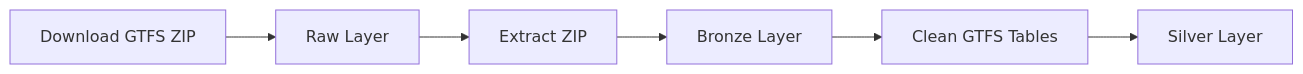
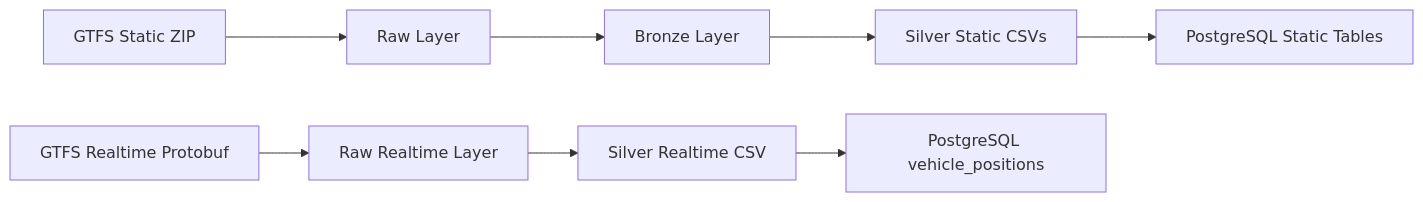
One commit to chaharminator/adelaide-transit-reliability-platform changed the second of 2 diagrams in README.md. Above: the diagram before and after it, drawn with Mermaid. The commit also changed other lines of this file, not shown here.

Commit message:
Update README with current static and realtime pipeline documentation

````diff
--- a/README.md
+++ b/README.md
@@ -55,8 +110,11 @@
 ```mermaid
 flowchart LR
-    A[Download GTFS ZIP] --> B[Raw Layer]
-    B --> C[Extract ZIP]
-    C --> D[Bronze Layer]
-    D --> E[Clean GTFS Tables]
-    E --> F[Silver Layer]
+    A[GTFS Static ZIP] --> B[Raw Layer]
+    B --> C[Bronze Layer]
+    C --> D[Silver Static CSVs]
+    D --> E[PostgreSQL Static Tables]
+
+    F[GTFS Realtime Protobuf] --> G[Raw Realtime Layer]
+    G --> H[Silver Realtime CSV]
+    H --> I[PostgreSQL vehicle_positions]
 ```
````
